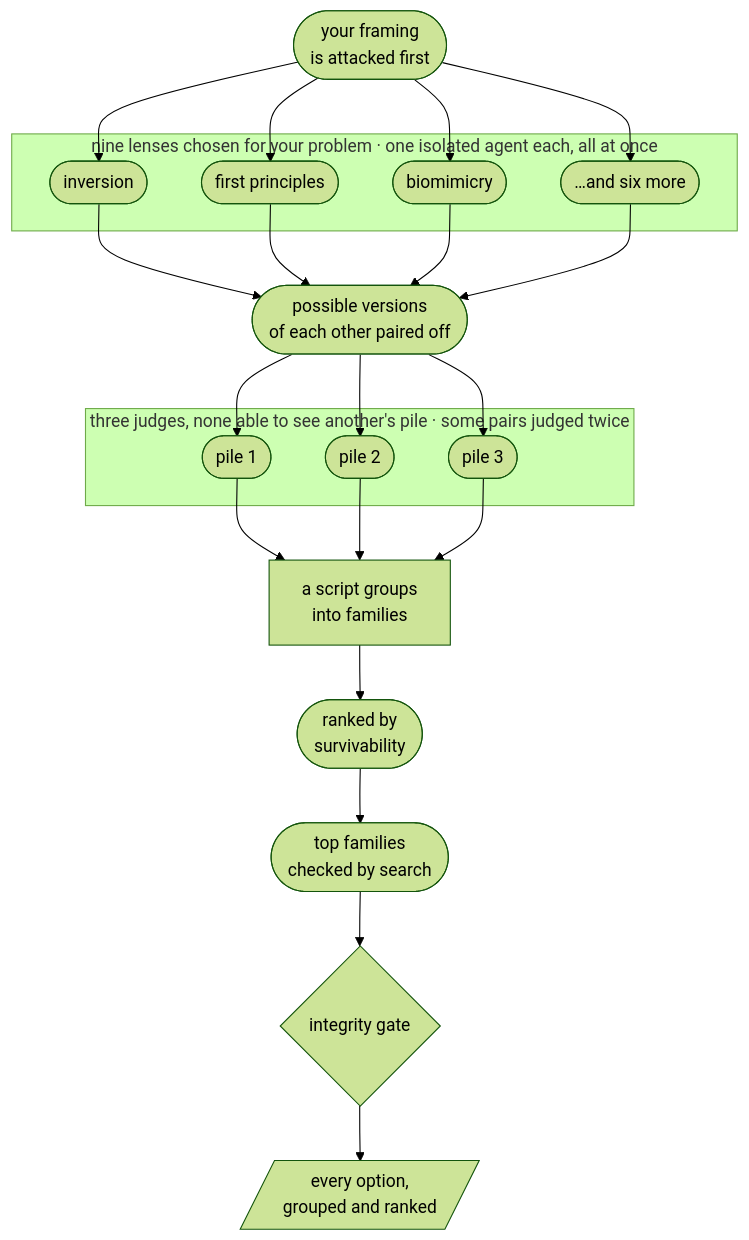
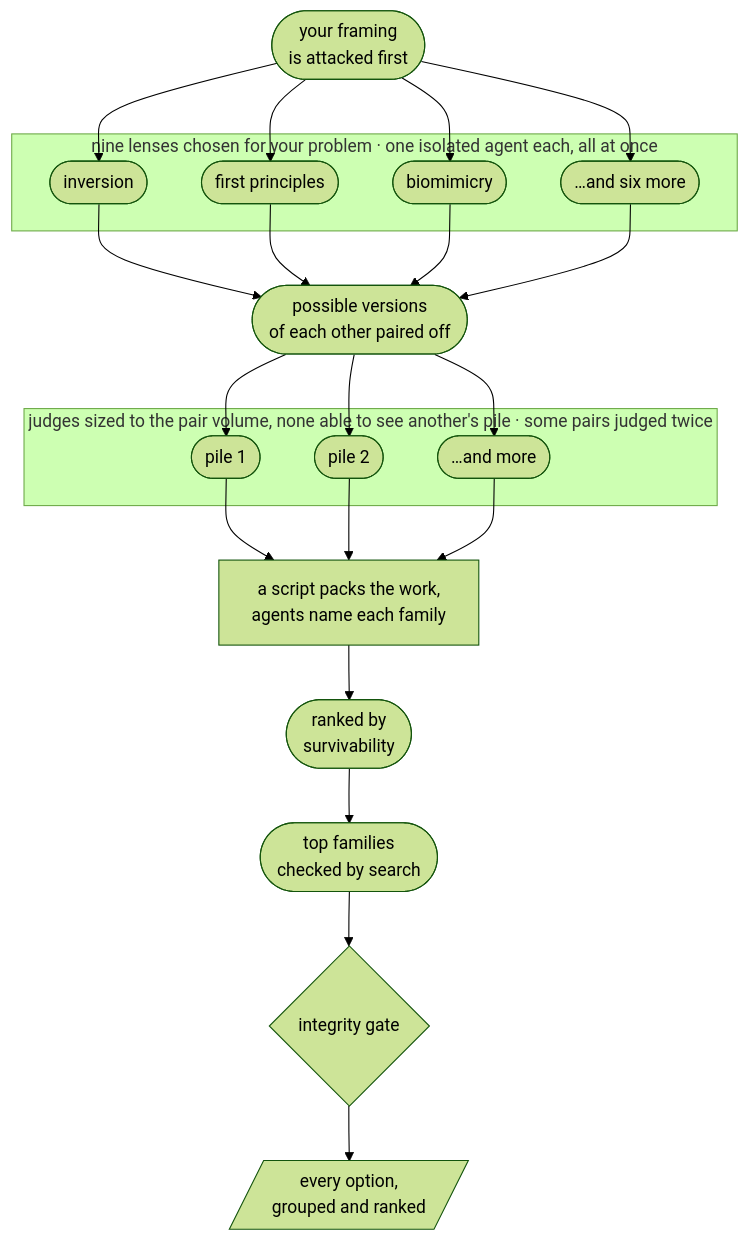
Before and after one commit to yaniv-golan/creative-problem-solving: the diagram in README.md, drawn with Mermaid (forest theme).

Commit message:
docs: the diagram says three judges; the code sizes them to the pair volume

````diff
--- a/README.md
+++ b/README.md
@@ -121,33 +121,33 @@
 ```mermaid
 %% Source of truth for these stages is
 %% creative-problem-solving/skills/creative-problem-solving/references/pipeline.md.
 %% Change them there and this diagram is stale.
 %% Keep node labels short — GitHub's renderer clips a line past ~25 characters.
 flowchart TD
     accTitle: How an /ideas run works
 
     B(["your framing<br/>is attacked first"])
 
     subgraph GEN ["nine lenses chosen for your problem · one isolated agent each, all at once"]
         G1(["inversion"])
         G2(["first principles"])
         G3(["biomimicry"])
         G4(["…and six more"])
     end
     B --> G1 & G2 & G3 & G4
 
     G1 & G2 & G3 & G4 --> PP(["possible versions<br/>of each other paired off"])
     PP --> A1 & A2 & A3
 
-    subgraph ADJ ["three judges, none able to see another's pile · some pairs judged twice"]
+    subgraph ADJ ["judges sized to the pair volume, none able to see another's pile · some pairs judged twice"]
         A1(["pile 1"])
         A2(["pile 2"])
-        A3(["pile 3"])
+        A3(["…and more"])
     end
 
-    A1 & A2 & A3 --> PG["a script groups<br/>into families"]
+    A1 & A2 & A3 --> PG["a script packs the work,<br/>agents name each family"]
     PG --> RK(["ranked by<br/>survivability"])
     RK --> VF(["top families<br/>checked by search"])
     VF --> GATE{"integrity gate"}
     GATE --> OUT[/"every option,<br/>grouped and ranked"/]
 ```
````
